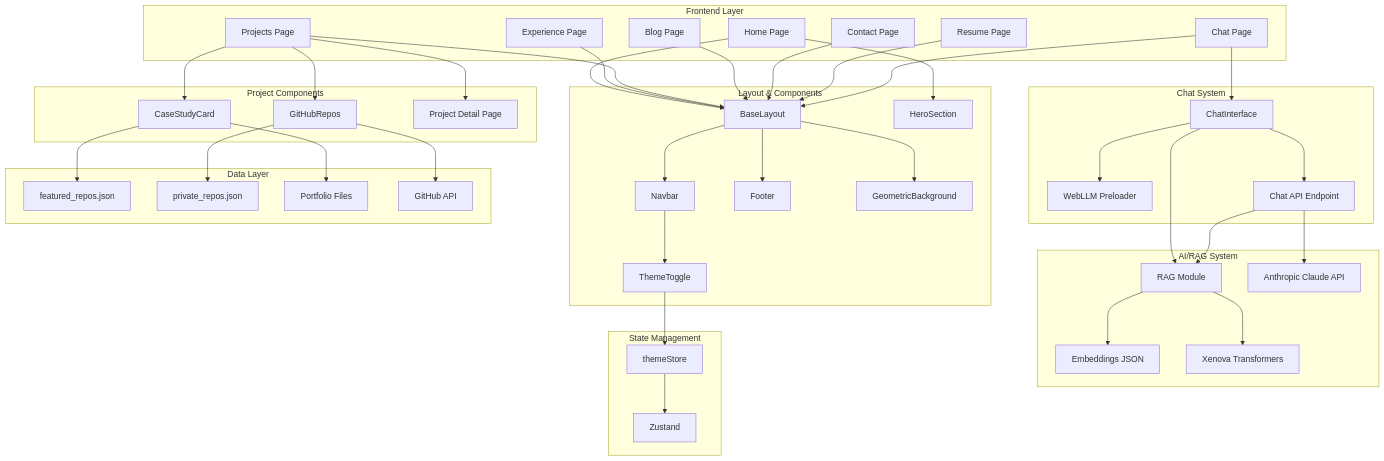
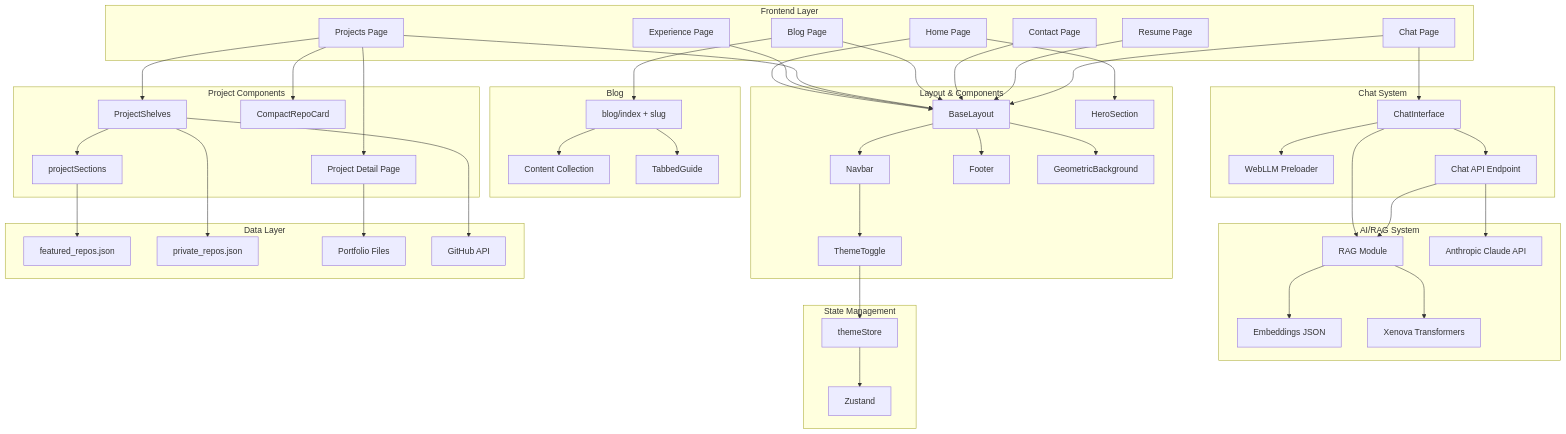
One commit to Technical-1/All-About-Me changed the first of 2 diagrams in .portfolio/architecture.md. Above: the diagram before and after it, drawn with Mermaid. The commit also changed other lines of this file and 3 other files, not shown here.

```diff
--- a/.portfolio/architecture.md
+++ b/.portfolio/architecture.md
@@ -24,9 +24,16 @@
     end
 
     subgraph "Project Components"
-        CSC[CaseStudyCard]
-        GHR[GitHubRepos]
+        PS[ProjectShelves]
+        CRC[CompactRepoCard]
+        PSEC[projectSections]
         PD[Project Detail Page]
+    end
+
+    subgraph "Blog"
+        BC[Content Collection]
+        BS[blog/index + slug]
+        TG[TabbedGuide]
     end
 
     subgraph "Chat System"
@@ -70,14 +77,19 @@
     TS --> ZS
 
     HP --> HS
-    PP --> CSC
-    PP --> GHR
+    PP --> PS
+    PP --> CRC
     PP --> PD
+    PS --> PSEC
 
-    CSC --> FR
-    CSC --> PF
-    GHR --> GHA
-    GHR --> PR
+    PSEC --> FR
+    PD --> PF
+    PS --> GHA
+    PS --> PR
+
+    BP --> BS
+    BS --> BC
+    BS --> TG
 
     CH --> CI
     CI --> WLP
```
